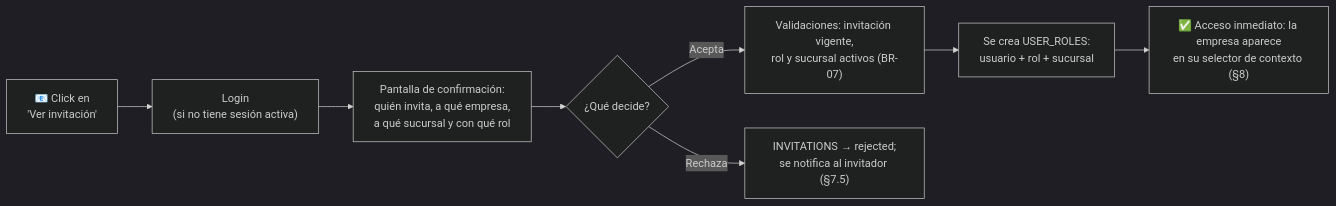
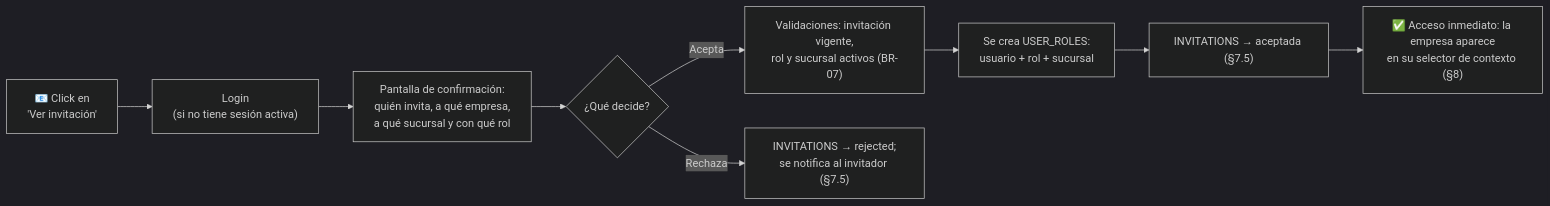
One commit to Franco98404/database-guidelines changed the tenth of 16 diagrams in database-guidelines.md. Above: the diagram before and after it, drawn with Mermaid (dark theme). The commit also changed other lines of this file, not shown here.

````diff
--- a/database-guidelines.md
+++ b/database-guidelines.md
@@ -729,10 +738,11 @@
 ```mermaid
 flowchart LR
     A["📧 Click en<br/>'Ver invitación'"] --> B["Login<br/>(si no tiene sesión activa)"]
     B --> C["Pantalla de confirmación:<br/>quién invita, a qué empresa,<br/>a qué sucursal y con qué rol"]
     C --> D{"¿Qué decide?"}
     D -- "Acepta" --> E["Validaciones: invitación vigente,<br/>rol y sucursal activos (BR-07)"]
     E --> F["Se crea USER_ROLES:<br/>usuario + rol + sucursal"]
-    F --> G["✅ Acceso inmediato: la empresa aparece<br/>en su selector de contexto (§8)"]
+    F --> FA["INVITATIONS → aceptada (§7.5)"]
+    FA --> G["✅ Acceso inmediato: la empresa aparece<br/>en su selector de contexto (§8)"]
     D -- "Rechaza" --> H["INVITATIONS → rejected;<br/>se notifica al invitador (§7.5)"]
 ```
````
